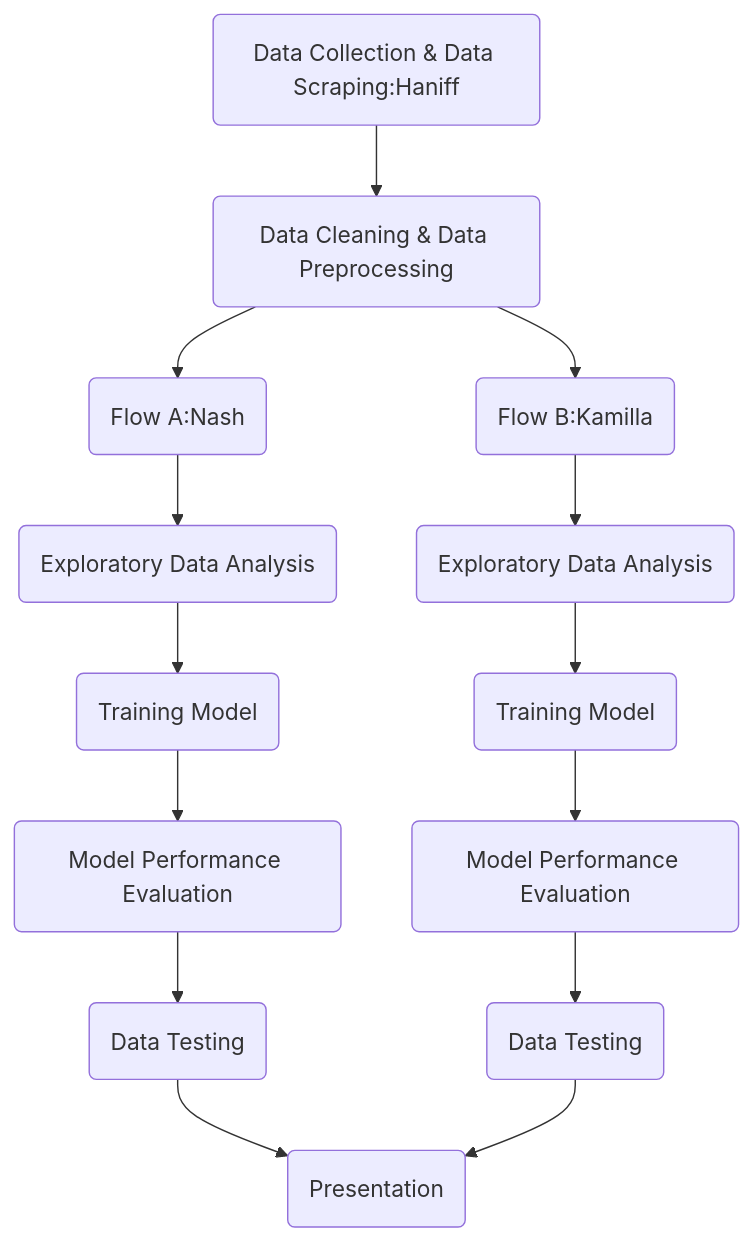
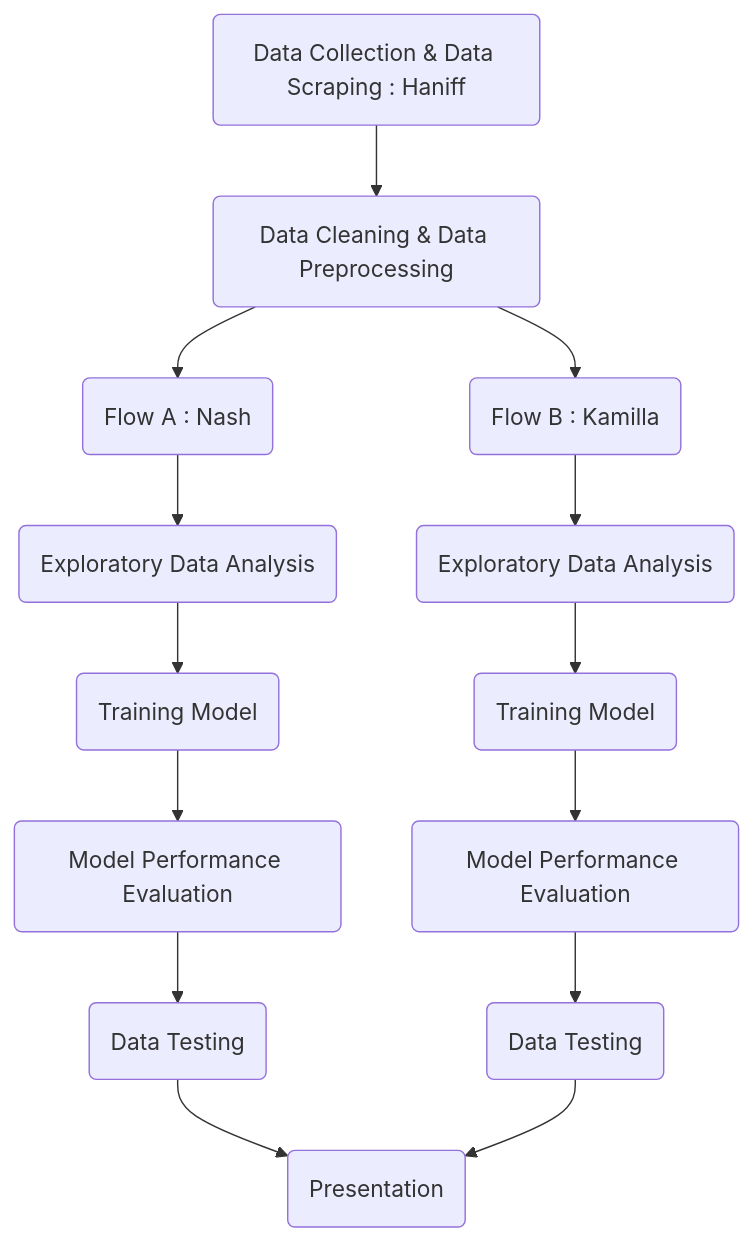
The second of 2 diagrams in README.md (kameerahariru/KoNoHa-Property), drawn with Mermaid before and after one commit. The commit also changed other lines of this file, not shown here.

````diff
--- a/README.md
+++ b/README.md
@@ -140,16 +146,16 @@
 ```mermaid
 graph TD;
-    A(Data Collection & Data Scraping:Haniff)-->B(Data Cleaning & Data Preprocessing);
-    B-->C(Flow A:Nash);
-    B-->D(Flow B:Kamilla);
+    A(Data Collection & Data Scraping : Haniff)-->B(Data Cleaning & Data Preprocessing);
+    B-->C(Flow A : Nash);
+    B-->D(Flow B : Kamilla);
     C-->E(Exploratory Data Analysis)
     E-->F(Training Model)
     F-->G(Model Performance Evaluation)
     G-->H(Data Testing)
     D-->J(Exploratory Data Analysis)
     J-->K(Training Model)
     K-->L(Model Performance Evaluation)
     L-->M(Data Testing)
     H-->I(Presentation)
     M-->I
 ```
````
